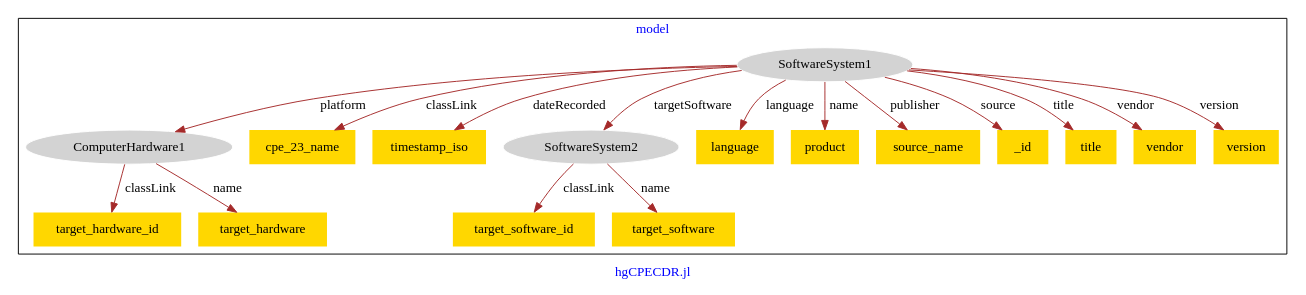
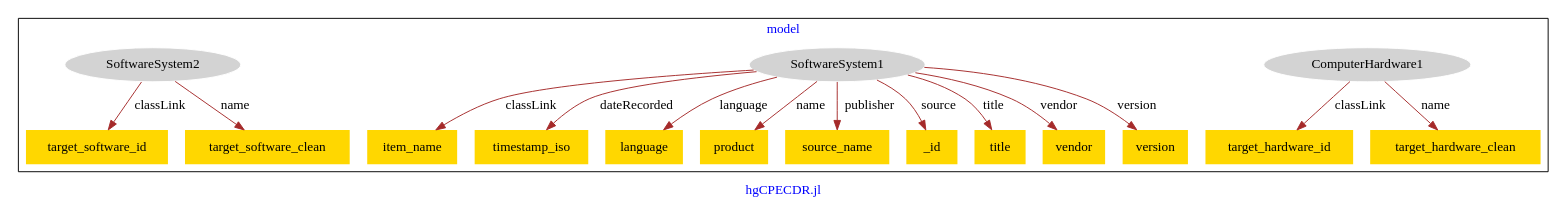
One commit to usc-isi-i2/effect-alignment changed the diagram in models/hg-cpe/hg_cpe-model.dot. Above: the diagram before and after it, drawn with Graphviz.

Commit message:
Update file hg_cpe-model.dot

```diff
--- a/models/hg-cpe/hg_cpe-model.dot
+++ b/models/hg-cpe/hg_cpe-model.dot
@@ -1,39 +1,37 @@
 digraph n0 {
 fontcolor="blue"
 remincross="true"
 label="hgCPECDR.jl"
 subgraph cluster {
 label="model"
 n2[style="filled",color="white",fillcolor="lightgray",label="ComputerHardware1"];
 n3[shape="plaintext",style="filled",fillcolor="gold",label="target_hardware_id"];
-n4[shape="plaintext",style="filled",fillcolor="gold",label="target_hardware"];
+n4[shape="plaintext",style="filled",fillcolor="gold",label="target_hardware_clean"];
 n5[style="filled",color="white",fillcolor="lightgray",label="SoftwareSystem1"];
-n6[shape="plaintext",style="filled",fillcolor="gold",label="cpe_23_name"];
+n6[shape="plaintext",style="filled",fillcolor="gold",label="item_name"];
 n7[shape="plaintext",style="filled",fillcolor="gold",label="timestamp_iso"];
-n8[style="filled",color="white",fillcolor="lightgray",label="SoftwareSystem2"];
-n9[shape="plaintext",style="filled",fillcolor="gold",label="language"];
-n10[shape="plaintext",style="filled",fillcolor="gold",label="product"];
-n11[shape="plaintext",style="filled",fillcolor="gold",label="source_name"];
-n12[shape="plaintext",style="filled",fillcolor="gold",label="_id"];
-n13[shape="plaintext",style="filled",fillcolor="gold",label="title"];
-n14[shape="plaintext",style="filled",fillcolor="gold",label="vendor"];
-n15[shape="plaintext",style="filled",fillcolor="gold",label="version"];
+n8[shape="plaintext",style="filled",fillcolor="gold",label="language"];
+n9[shape="plaintext",style="filled",fillcolor="gold",label="product"];
+n10[shape="plaintext",style="filled",fillcolor="gold",label="source_name"];
+n11[shape="plaintext",style="filled",fillcolor="gold",label="_id"];
+n12[shape="plaintext",style="filled",fillcolor="gold",label="title"];
+n13[shape="plaintext",style="filled",fillcolor="gold",label="vendor"];
+n14[shape="plaintext",style="filled",fillcolor="gold",label="version"];
+n15[style="filled",color="white",fillcolor="lightgray",label="SoftwareSystem2"];
 n16[shape="plaintext",style="filled",fillcolor="gold",label="target_software_id"];
-n17[shape="plaintext",style="filled",fillcolor="gold",label="target_software"];
+n17[shape="plaintext",style="filled",fillcolor="gold",label="target_software_clean"];
 }
 n2 -> n3[color="brown",fontcolor="black",label="classLink"]
 n2 -> n4[color="brown",fontcolor="black",label="name"]
 n5 -> n6[color="brown",fontcolor="black",label="classLink"]
 n5 -> n7[color="brown",fontcolor="black",label="dateRecorded"]
-n5 -> n2[color="brown",fontcolor="black",label="platform"]
-n5 -> n8[color="brown",fontcolor="black",label="targetSoftware"]
-n5 -> n9[color="brown",fontcolor="black",label="language"]
-n5 -> n10[color="brown",fontcolor="black",label="name"]
-n5 -> n11[color="brown",fontcolor="black",label="publisher"]
-n5 -> n12[color="brown",fontcolor="black",label="source"]
-n5 -> n13[color="brown",fontcolor="black",label="title"]
-n5 -> n14[color="brown",fontcolor="black",label="vendor"]
-n5 -> n15[color="brown",fontcolor="black",label="version"]
-n8 -> n16[color="brown",fontcolor="black",label="classLink"]
-n8 -> n17[color="brown",fontcolor="black",label="name"]
+n5 -> n8[color="brown",fontcolor="black",label="language"]
+n5 -> n9[color="brown",fontcolor="black",label="name"]
+n5 -> n10[color="brown",fontcolor="black",label="publisher"]
+n5 -> n11[color="brown",fontcolor="black",label="source"]
+n5 -> n12[color="brown",fontcolor="black",label="title"]
+n5 -> n13[color="brown",fontcolor="black",label="vendor"]
+n5 -> n14[color="brown",fontcolor="black",label="version"]
+n15 -> n16[color="brown",fontcolor="black",label="classLink"]
+n15 -> n17[color="brown",fontcolor="black",label="name"]
 }
```
